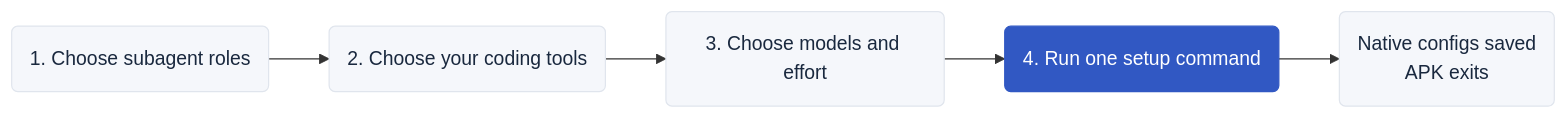
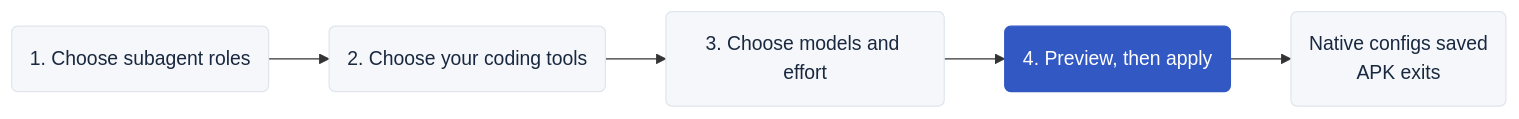
Before and after one commit to automatis-tools/agent-policy-kit: the diagram in README.md, drawn with Mermaid. The commit also changed other lines of this file and 2 other files, not shown here.

````diff
--- a/README.md
+++ b/README.md
@@ -9,10 +11,10 @@
 ```mermaid
 flowchart LR
     Roles("1. Choose subagent roles") --> Tools("2. Choose your coding tools")
     Tools --> Models("3. Choose models and effort")
-    Models --> Command("4. Run one setup command")
+    Models --> Command("4. Preview, then apply")
     Command --> Done("Native configs saved<br/>APK exits")
     classDef default fill:#f5f7fb,stroke:#e0e5ed,color:#19283e
     classDef action fill:#3158c3,stroke:#3158c3,color:#ffffff
     class Command action
 ```
````
